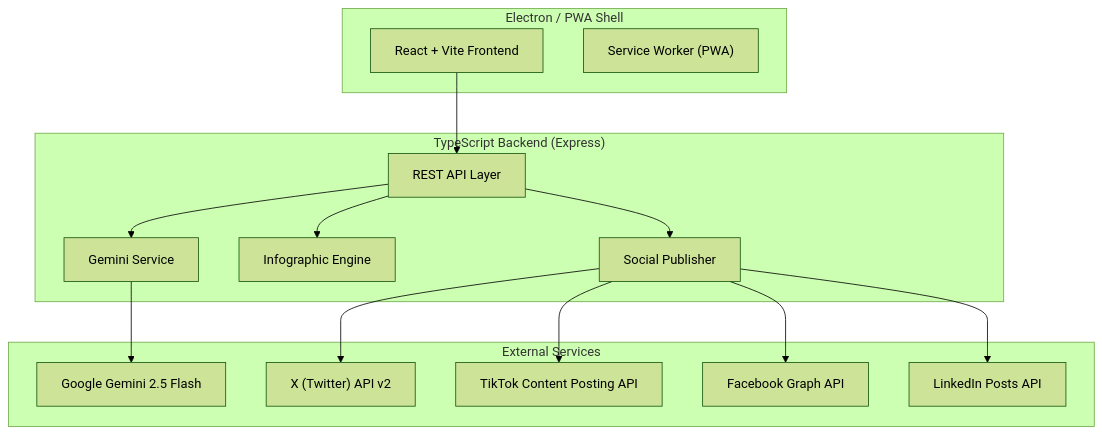
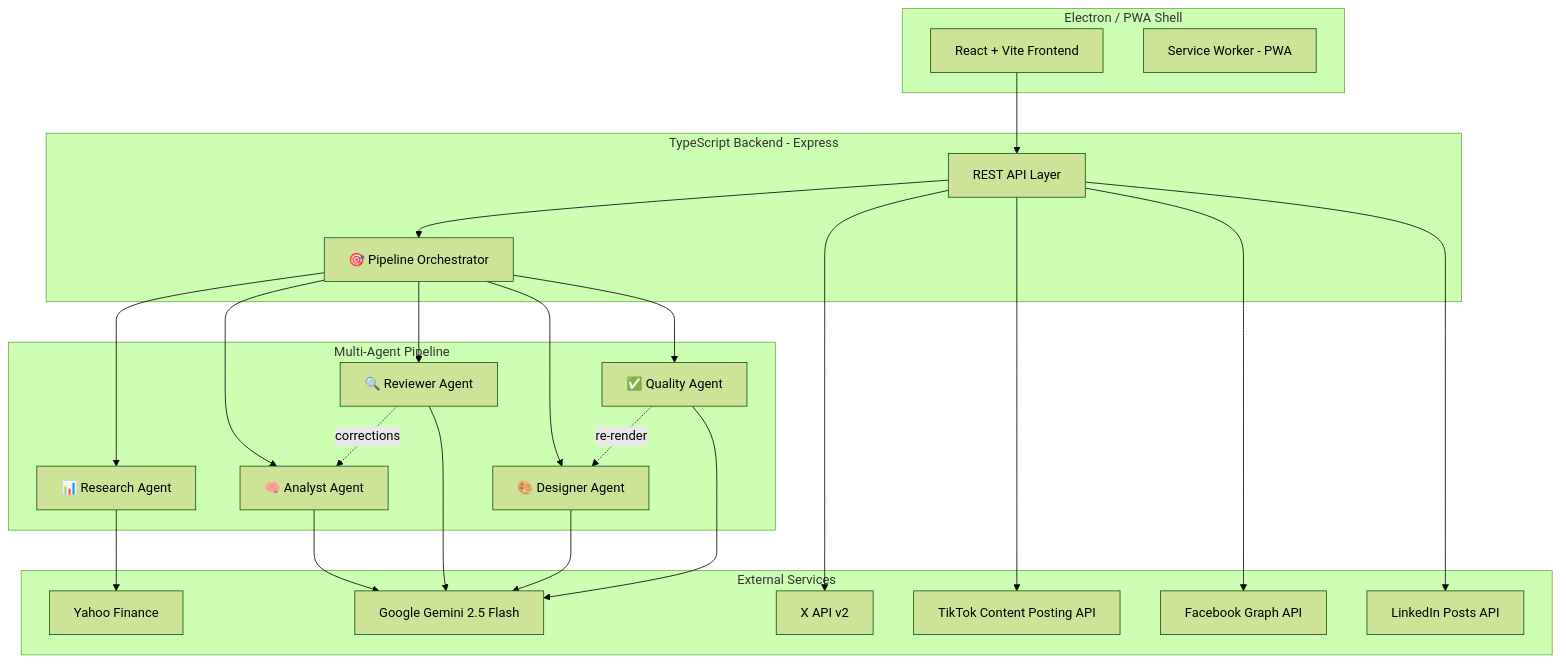
One commit to gguillaux/autoswot changed the first of 2 diagrams in IMPLEMENTATION_PLAN.md. Above: the diagram before and after it, drawn with Mermaid (forest theme). The commit also changed other lines of this file and 2 other files, not shown here.

First line of the commit message:
Add multi-agent architecture: AGENTS.md, SKILLS.md, updated plan

````diff
--- a/IMPLEMENTATION_PLAN.md
+++ b/IMPLEMENTATION_PLAN.md
@@ -9,31 +9,42 @@
 ```mermaid
 graph TB
     subgraph Client["Electron / PWA Shell"]
         UI["React + Vite Frontend"]
-        SW["Service Worker (PWA)"]
+        SW["Service Worker - PWA"]
     end
 
-    subgraph Backend["TypeScript Backend (Express)"]
+    subgraph Backend["TypeScript Backend - Express"]
         API["REST API Layer"]
-        GEM["Gemini Service"]
-        INF["Infographic Engine"]
-        SOC["Social Publisher"]
+        ORC["🎯 Pipeline Orchestrator"]
+    end
+
+    subgraph Agents["Multi-Agent Pipeline"]
+        RA["📊 Research Agent"]
+        AA["🧠 Analyst Agent"]
+        REV["🔍 Reviewer Agent"]
+        DA["🎨 Designer Agent"]
+        QA["✅ Quality Agent"]
     end
 
     subgraph External["External Services"]
+        YF["Yahoo Finance"]
         GEMINI["Google Gemini 2.5 Flash"]
-        XAPI["X (Twitter) API v2"]
+        XAPI["X API v2"]
         TIKTOK["TikTok Content Posting API"]
         FB["Facebook Graph API"]
         LI["LinkedIn Posts API"]
     end
 
-    UI --> API
-    API --> GEM --> GEMINI
-    API --> INF
-    API --> SOC
-    SOC --> XAPI
-    SOC --> TIKTOK
-    SOC --> FB
-    SOC --> LI
+    UI --> API --> ORC
+    ORC --> RA --> YF
+    ORC --> AA --> GEMINI
+    ORC --> REV --> GEMINI
+    ORC --> DA --> GEMINI
+    ORC --> QA --> GEMINI
+    REV -.->|corrections| AA
+    QA -.->|re-render| DA
+    API --> XAPI
+    API --> TIKTOK
+    API --> FB
+    API --> LI
 ```
````
